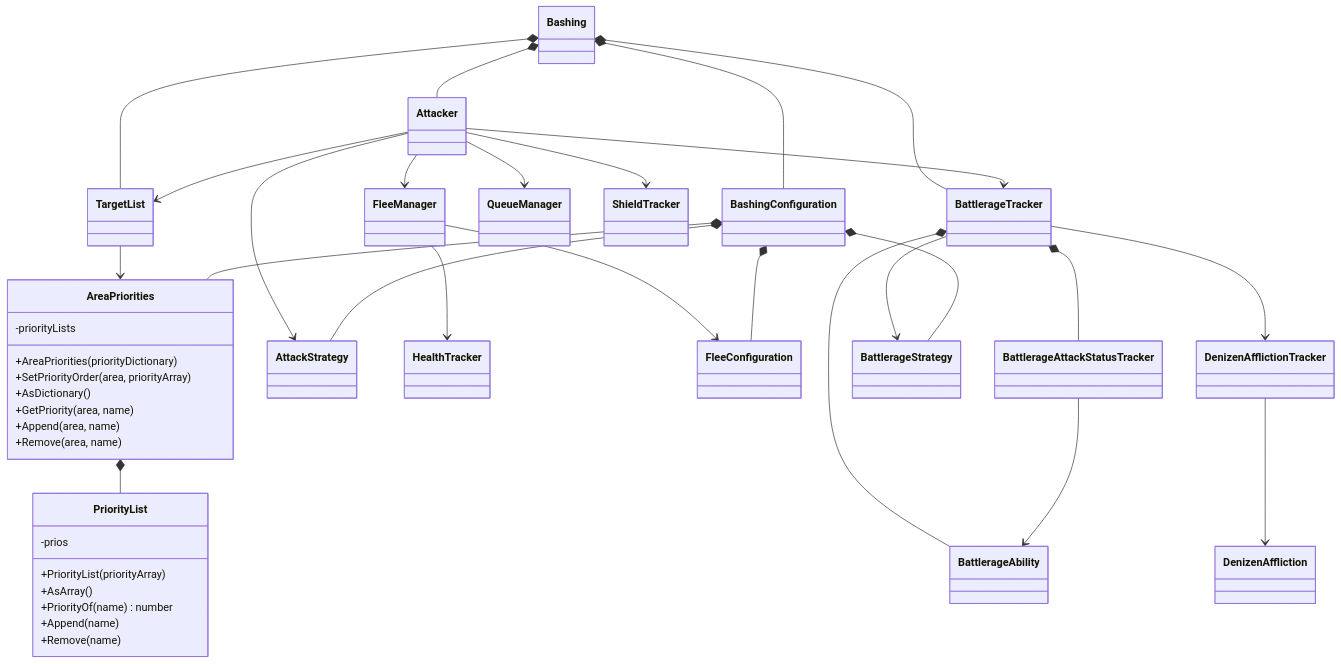
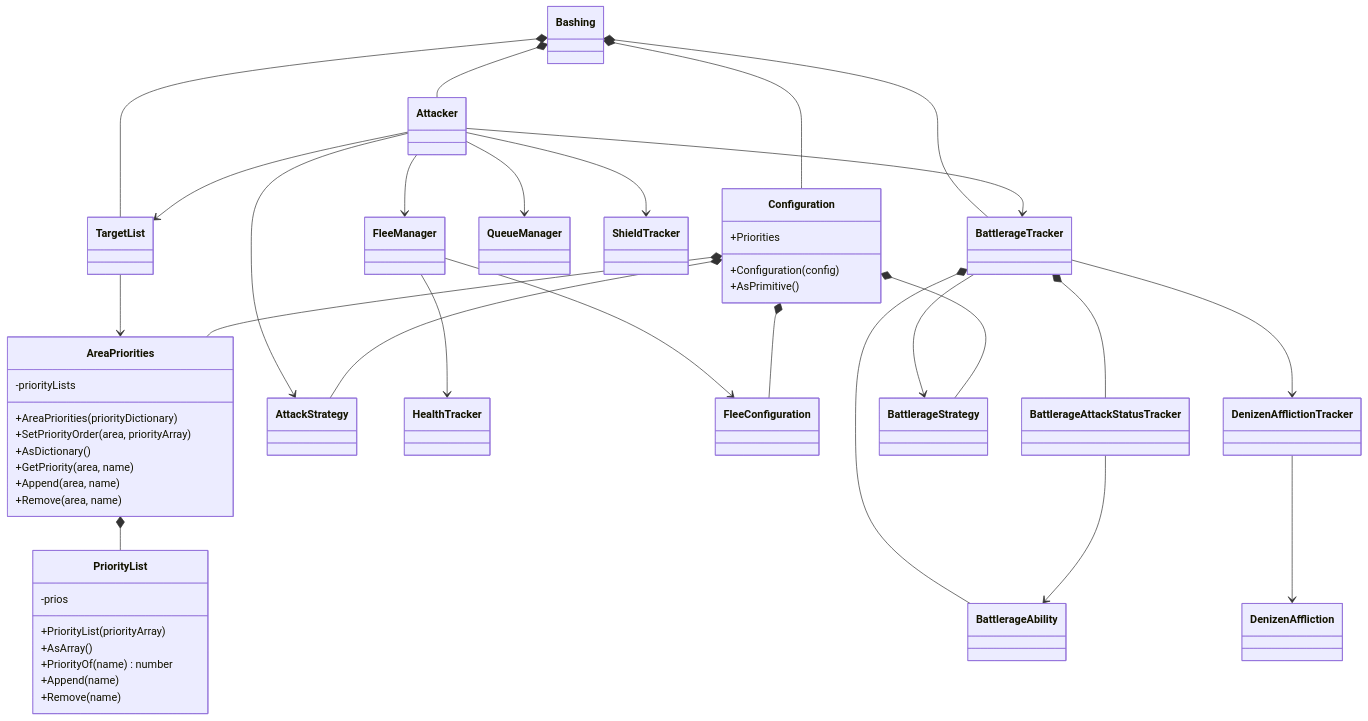
One commit to keneanung/Bashing.js-2.0 changed the diagram in website/docs/technical_documentation/class_interactions.md. Above: the diagram before and after it, drawn with Mermaid. The commit also changed 4 other files, not shown here.

````diff
--- a/website/docs/technical_documentation/class_interactions.md
+++ b/website/docs/technical_documentation/class_interactions.md
@@ -5,56 +5,62 @@
 ```mermaid
 classDiagram
 
 class PriorityList{
   -prios
   +PriorityList(priorityArray)
   +AsArray()
   +PriorityOf( name) number
   +Append(name)
   +Remove(name)
 }
 
 class AreaPriorities{
   -priorityLists
   +AreaPriorities(priorityDictionary)
   +SetPriorityOrder(area, priorityArray)
   +AsDictionary()
   +GetPriority(area, name)
   +Append(area, name)
   +Remove(area, name)
 }
 
+class Configuration{
+  +Priorities
+  +Configuration(config)
+  +AsPrimitive()
+}
+
 Bashing *-- TargetList
 Bashing *-- Attacker
 Bashing *-- BattlerageTracker
-Bashing *-- BashingConfiguration
+Bashing *-- Configuration
 
 AreaPriorities *-- PriorityList
 
 TargetList --> AreaPriorities
 
 Attacker --> TargetList
 Attacker --> QueueManager
 Attacker --> BattlerageTracker
 Attacker --> AttackStrategy
 Attacker --> ShieldTracker
 Attacker --> FleeManager
 
 FleeManager --> HealthTracker
 FleeManager --> FleeConfiguration
 
 BattlerageTracker *-- BattlerageAbility
 BattlerageTracker *-- BattlerageAttackStatusTracker
 BattlerageTracker --> BattlerageStrategy
 BattlerageTracker --> DenizenAfflictionTracker
 
 BattlerageAttackStatusTracker --> BattlerageAbility
 
 DenizenAfflictionTracker --> DenizenAffliction
 
-BashingConfiguration *-- AttackStrategy
-BashingConfiguration *-- FleeConfiguration
-BashingConfiguration *-- BattlerageStrategy
-BashingConfiguration *-- AreaPriorities
+Configuration *-- AttackStrategy
+Configuration *-- FleeConfiguration
+Configuration *-- BattlerageStrategy
+Configuration *-- AreaPriorities
 
 ```
````
